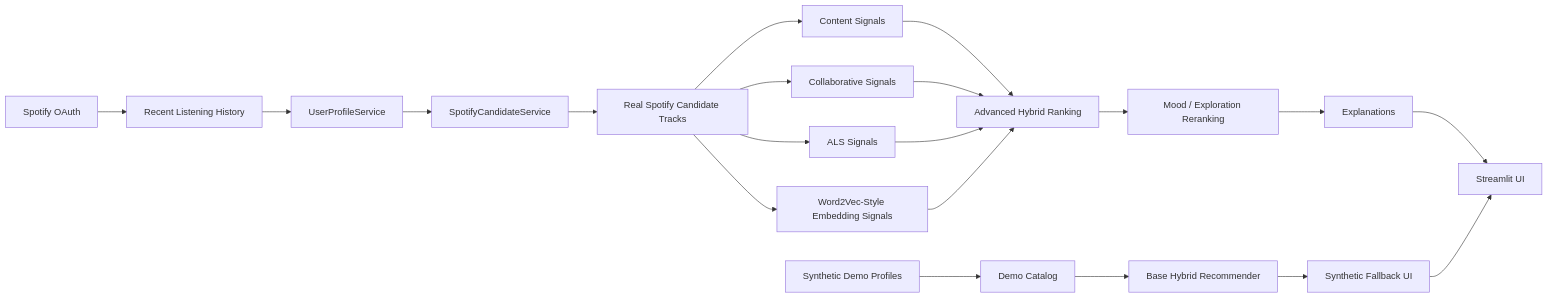
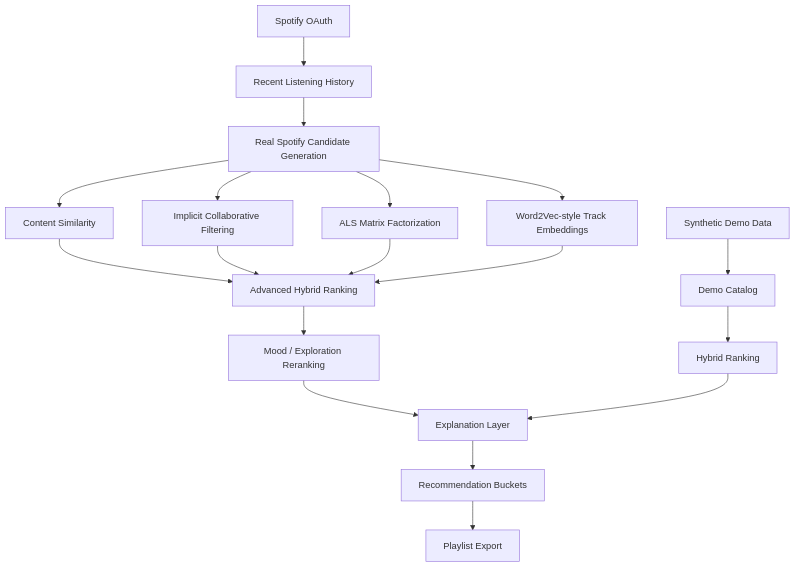
The diagram in README.md (Meredith0613/spotify-style-music-discovery-platform), drawn with Mermaid before and after one commit. The commit also changed other lines of this file and 3 other files, not shown here.

Commit message:
Add architecture diagram and evaluation charts

````diff
--- a/README.md
+++ b/README.md
@@ -57,23 +57,21 @@
 ```mermaid
-flowchart LR
+flowchart TD
     A[Spotify OAuth] --> B[Recent Listening History]
-    B --> C[UserProfileService]
-    C --> D[SpotifyCandidateService]
-    D --> E[Real Spotify Candidate Tracks]
-    E --> F[Content Signals]
-    E --> G[Collaborative Signals]
-    E --> H[ALS Signals]
-    E --> I[Word2Vec-Style Embedding Signals]
-    F --> J[Advanced Hybrid Ranking]
-    G --> J
-    H --> J
-    I --> J
-    J --> K[Mood / Exploration Reranking]
-    K --> L[Explanations]
-    L --> M[Streamlit UI]
+    B --> C[Real Spotify Candidate Generation]
+    C --> D[Content Similarity]
+    C --> E[Implicit Collaborative Filtering]
+    C --> F[ALS Matrix Factorization]
+    C --> G[Word2Vec-style Track Embeddings]
+    D --> H[Advanced Hybrid Ranking]
+    E --> H
+    F --> H
+    G --> H
+    H --> I[Mood / Exploration Reranking]
+    I --> J[Explanation Layer]
+    J --> K[Recommendation Buckets]
+    K --> L[Playlist Export]
 
-    N[Synthetic Demo Profiles] --> O[Demo Catalog]
-    O --> P[Base Hybrid Recommender]
-    P --> Q[Synthetic Fallback UI]
-    Q --> M
+    M[Synthetic Demo Data] --> N[Demo Catalog]
+    N --> O[Hybrid Ranking]
+    O --> J
 ```
````
